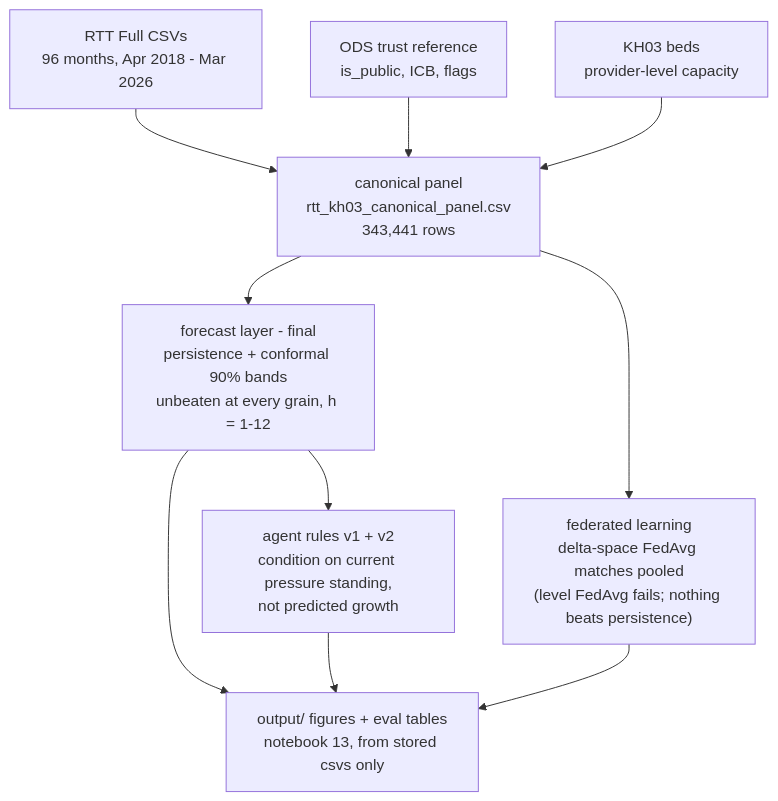
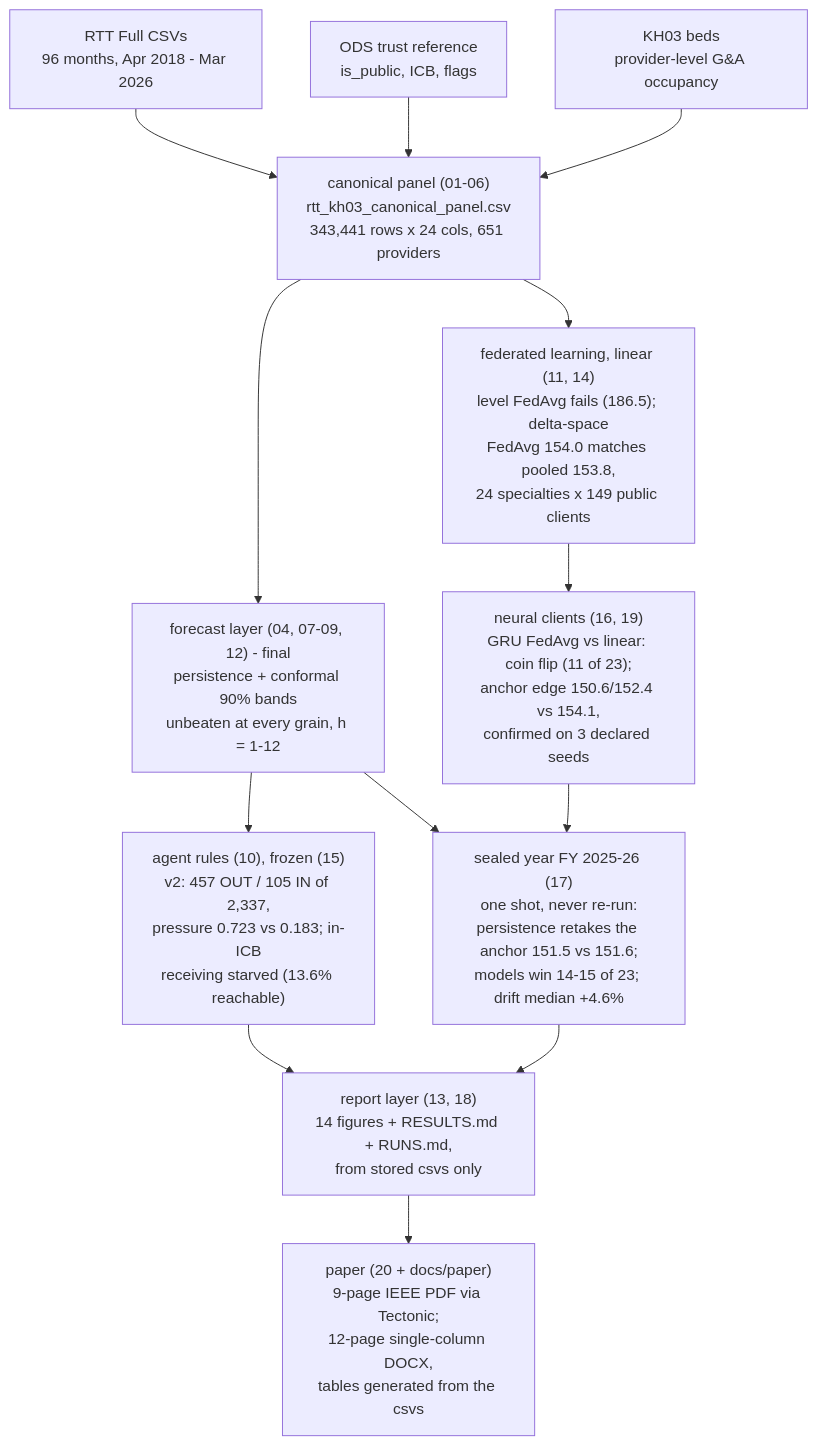
One commit to nileshsarkar-ai/fedOPD changed the diagram in README.md. Above: the diagram before and after it, drawn with Mermaid. The commit also changed other lines of this file, not shown here.

First line of the commit message:
README: pipeline diagram through the paper, status refreshed to 2026-07-30

````diff
--- a/README.md
+++ b/README.md
@@ -48,12 +49,15 @@
 ```mermaid
 flowchart TD
-    RTT["RTT Full CSVs<br/>96 months, Apr 2018 - Mar 2026"] --> PANEL["canonical panel<br/>rtt_kh03_canonical_panel.csv<br/>343,441 rows"]
+    RTT["RTT Full CSVs<br/>96 months, Apr 2018 - Mar 2026"] --> PANEL["canonical panel (01-06)<br/>rtt_kh03_canonical_panel.csv<br/>343,441 rows x 24 cols, 651 providers"]
     ODS["ODS trust reference<br/>is_public, ICB, flags"] --> PANEL
-    KH03["KH03 beds<br/>provider-level capacity"] --> PANEL
-    PANEL --> FC["forecast layer - final<br/>persistence + conformal 90% bands<br/>unbeaten at every grain, h = 1-12"]
-    PANEL --> FL["federated learning<br/>delta-space FedAvg matches pooled<br/>(level FedAvg fails; nothing beats persistence)"]
-    FC --> AG["agent rules v1 + v2<br/>condition on current pressure standing,<br/>not predicted growth"]
-    FC --> OUT["output/ figures + eval tables<br/>notebook 13, from stored csvs only"]
+    KH03["KH03 beds<br/>provider-level G&A occupancy"] --> PANEL
+    PANEL --> FC["forecast layer (04, 07-09, 12) - final<br/>persistence + conformal 90% bands<br/>unbeaten at every grain, h = 1-12"]
+    PANEL --> FL["federated learning, linear (11, 14)<br/>level FedAvg fails (186.5); delta-space<br/>FedAvg 154.0 matches pooled 153.8,<br/>24 specialties x 149 public clients"]
+    FL --> NN["neural clients (16, 19)<br/>GRU FedAvg vs linear: coin flip (11 of 23);<br/>anchor edge 150.6/152.4 vs 154.1,<br/>confirmed on 3 declared seeds"]
+    FC --> AG["agent rules (10), frozen (15)<br/>v2: 457 OUT / 105 IN of 2,337,<br/>pressure 0.723 vs 0.183; in-ICB<br/>receiving starved (13.6% reachable)"]
+    FC --> SEAL["sealed year FY 2025-26 (17)<br/>one shot, never re-run:<br/>persistence retakes the anchor 151.5 vs 151.6;<br/>models win 14-15 of 23; drift median +4.6%"]
+    NN --> SEAL
+    SEAL --> OUT["report layer (13, 18)<br/>14 figures + RESULTS.md + RUNS.md,<br/>from stored csvs only"]
     AG --> OUT
-    FL --> OUT
+    OUT --> PAPER["paper (20 + docs/paper)<br/>9-page IEEE PDF via Tectonic;<br/>12-page single-column DOCX,<br/>tables generated from the csvs"]
 ```
````
